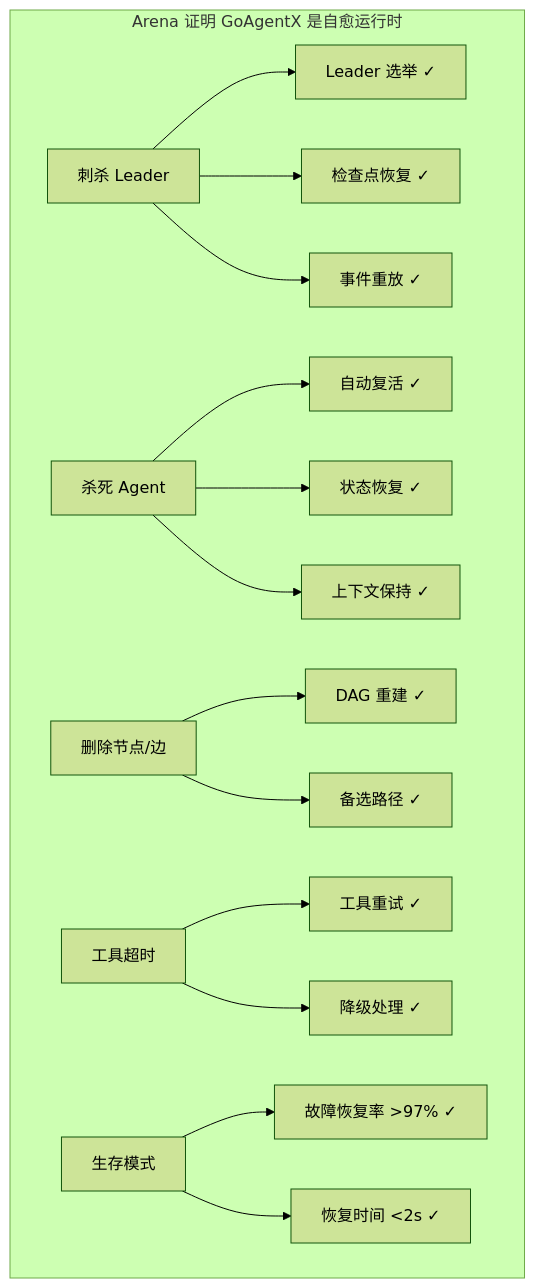
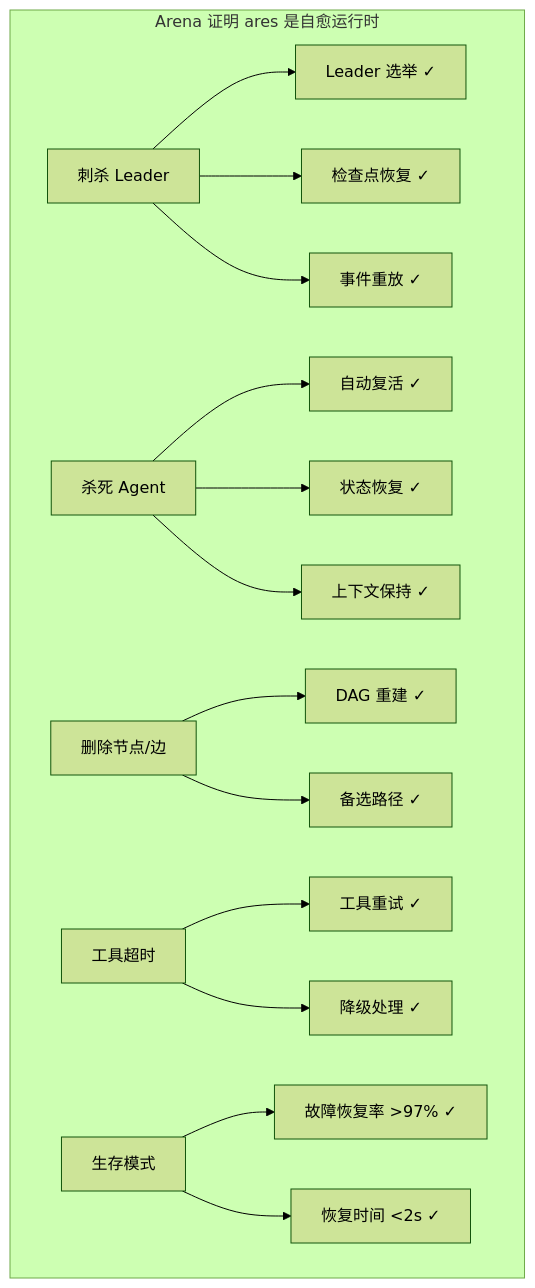
Before and after one commit to Timwood0x10/ARES: the sixth of 6 diagrams in docs/articles/zh/arena-fault-injection-deep-dive.md, drawn with Mermaid (forest theme). The commit also changed other lines of this file and 671 other files, not shown here.

````diff
--- a/docs/articles/zh/arena-fault-injection-deep-dive.md
+++ b/docs/articles/zh/arena-fault-injection-deep-dive.md
@@ -389,21 +389,21 @@
 ```mermaid
 graph TB
-    subgraph "Arena 证明 GoAgentX 是自愈运行时"
+    subgraph "Arena 证明 ares 是自愈运行时"
         A[刺杀 Leader] --> LA[Leader 选举 ✓]
         A --> CK[检查点恢复 ✓]
         A --> ER[事件重放 ✓]
 
         B[杀死 Agent] --> AR[自动复活 ✓]
         B --> SR[状态恢复 ✓]
         B --> CR[上下文保持 ✓]
 
         C[删除节点/边] --> DR[DAG 重建 ✓]
         C --> AP[备选路径 ✓]
 
         D[工具超时] --> TR[工具重试 ✓]
         D --> DG[降级处理 ✓]
 
         E[生存模式] --> FR[故障恢复率 >97% ✓]
         E --> RT[恢复时间 <2s ✓]
     end
 ```
````
